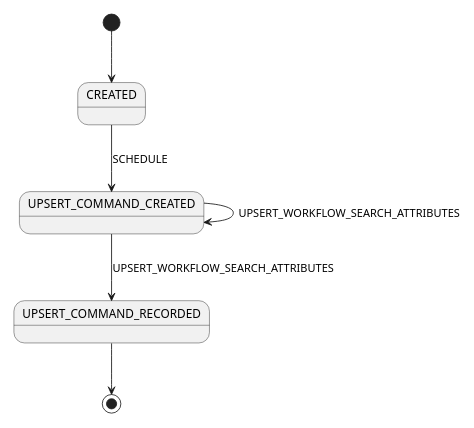
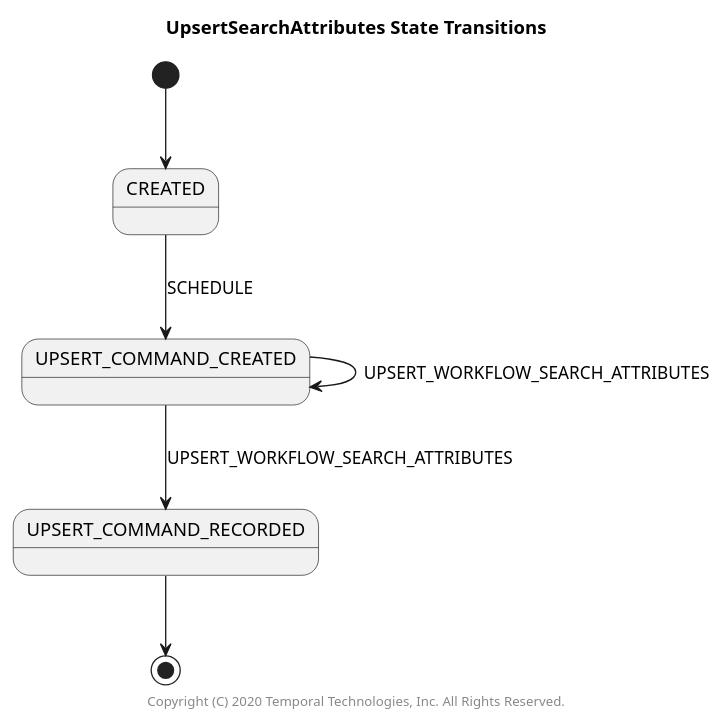
Before and after one commit to temporalio/sdk-java: the diagram in src/main/java/io/temporal/internal/statemachines/UpsertSearchAttributesStateMachine.puml, drawn with PlantUML. The commit also changed 17 other files, not shown here.

```diff
--- a/src/main/java/io/temporal/internal/statemachines/UpsertSearchAttributesStateMachine.puml
+++ b/src/main/java/io/temporal/internal/statemachines/UpsertSearchAttributesStateMachine.puml
@@ -23,8 +23,10 @@
 @startuml
-scale 350 width
+title UpsertSearchAttributes State Transitions
+
 [*] --> CREATED
 CREATED --> UPSERT_COMMAND_CREATED: SCHEDULE
 UPSERT_COMMAND_CREATED --> UPSERT_COMMAND_CREATED: UPSERT_WORKFLOW_SEARCH_ATTRIBUTES
 UPSERT_COMMAND_CREATED --> UPSERT_COMMAND_RECORDED: UPSERT_WORKFLOW_SEARCH_ATTRIBUTES
 UPSERT_COMMAND_RECORDED --> [*]
+center footer Copyright (C) 2020 Temporal Technologies, Inc. All Rights Reserved.
 @enduml
```
